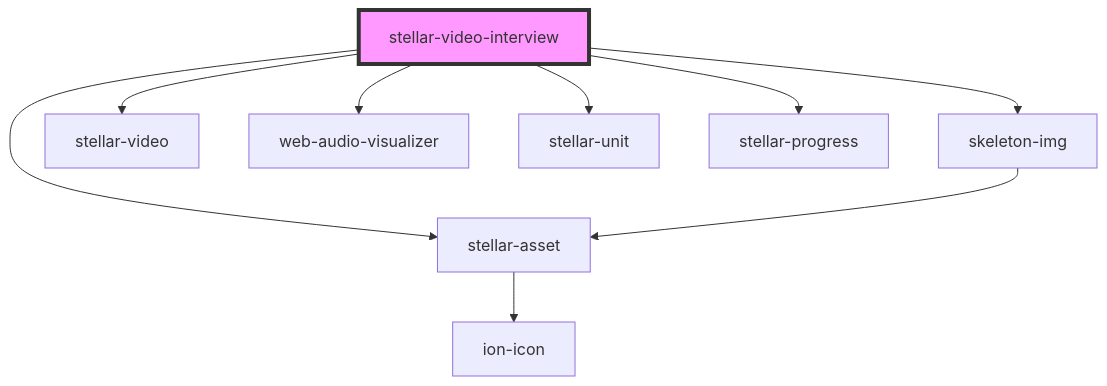
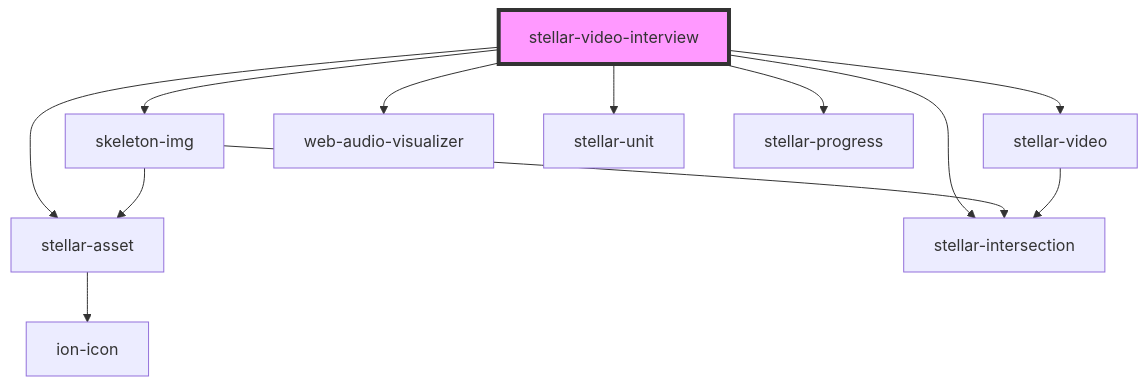
Before and after one commit to splitinfinities/Stellar: the diagram in src/components/media/video-interview/readme.md, drawn with Mermaid. The commit also changed other lines of this file and 30 other files, not shown here.

Commit message:
feature: adds stellar-intersection, refactors all intersection observers to use stellar-intersection. Adds stellar-long-shadow, and refactors stellar-reveal and adds stellar-reveal-list

````diff
--- a/src/components/media/video-interview/readme.md
+++ b/src/components/media/video-interview/readme.md
@@ -76,12 +77,15 @@
 ```mermaid
 graph TD;
   stellar-video-interview --> skeleton-img
   stellar-video-interview --> stellar-video
   stellar-video-interview --> web-audio-visualizer
   stellar-video-interview --> stellar-asset
   stellar-video-interview --> stellar-unit
   stellar-video-interview --> stellar-progress
+  stellar-video-interview --> stellar-intersection
   skeleton-img --> stellar-asset
+  skeleton-img --> stellar-intersection
   stellar-asset --> ion-icon
+  stellar-video --> stellar-intersection
   style stellar-video-interview fill:#f9f,stroke:#333,stroke-width:4px
 ```
````
